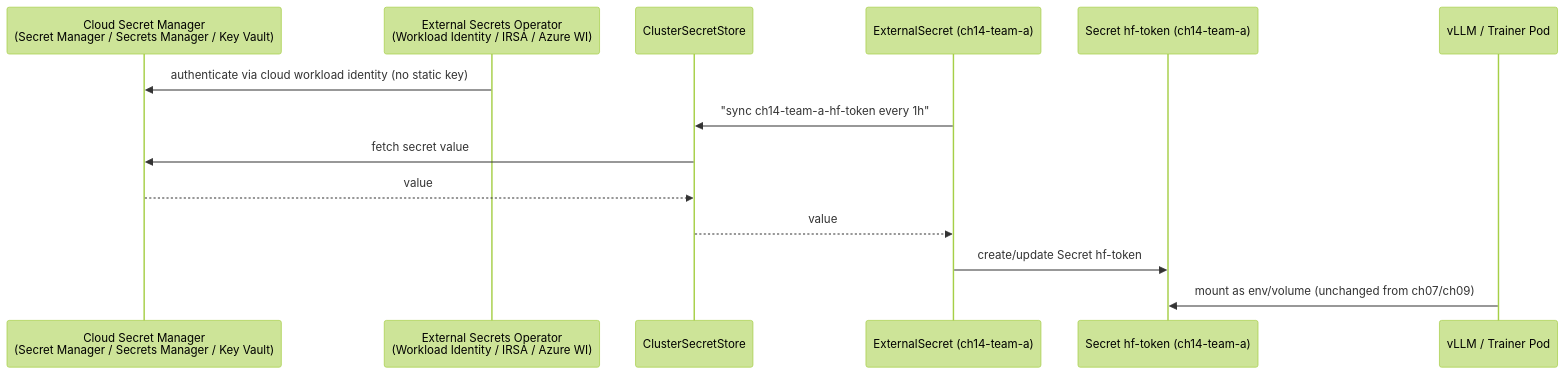
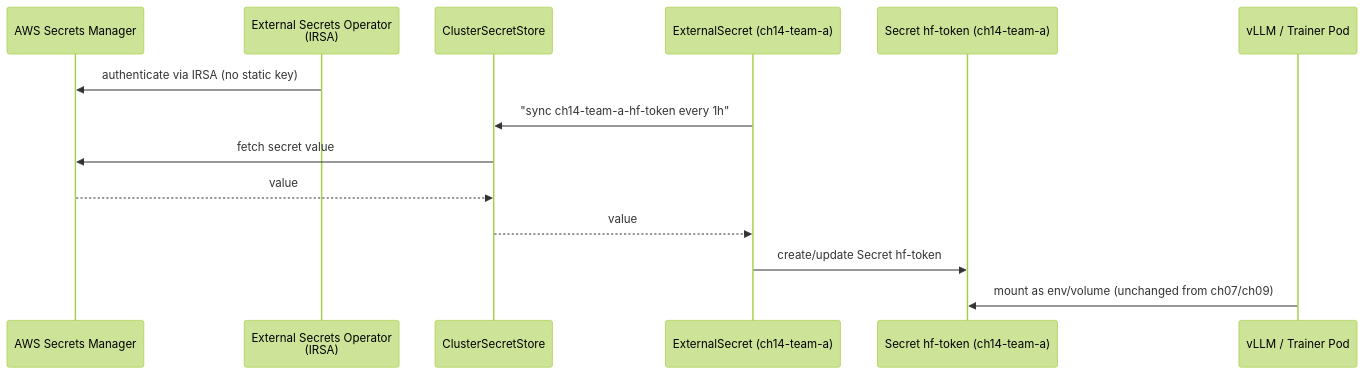
Before and after one commit to GitOpsHub/kubernetes-ai-infrastructure: the third of 3 diagrams in 14-multi-tenancy-and-security/README.md, drawn with Mermaid (forest theme). The commit also changed other lines of this file and 25 other files, not shown here.

````diff
--- a/14-multi-tenancy-and-security/README.md
+++ b/14-multi-tenancy-and-security/README.md
@@ -169,17 +168,17 @@
 ```mermaid
 sequenceDiagram
-    participant SM as Cloud Secret Manager<br/>(Secret Manager / Secrets Manager / Key Vault)
-    participant ESO as External Secrets Operator<br/>(Workload Identity / IRSA / Azure WI)
+    participant SM as AWS Secrets Manager
+    participant ESO as External Secrets Operator<br/>(IRSA)
     participant CSS as ClusterSecretStore
     participant ES as ExternalSecret (ch14-team-a)
     participant K8S as Secret hf-token (ch14-team-a)
     participant Pod as vLLM / Trainer Pod
 
-    ESO->>SM: authenticate via cloud workload identity (no static key)
+    ESO->>SM: authenticate via IRSA (no static key)
     ES->>CSS: "sync ch14-team-a-hf-token every 1h"
     CSS->>SM: fetch secret value
     SM-->>CSS: value
     CSS-->>ES: value
     ES->>K8S: create/update Secret hf-token
     Pod->>K8S: mount as env/volume (unchanged from ch07/ch09)
 ```
````
